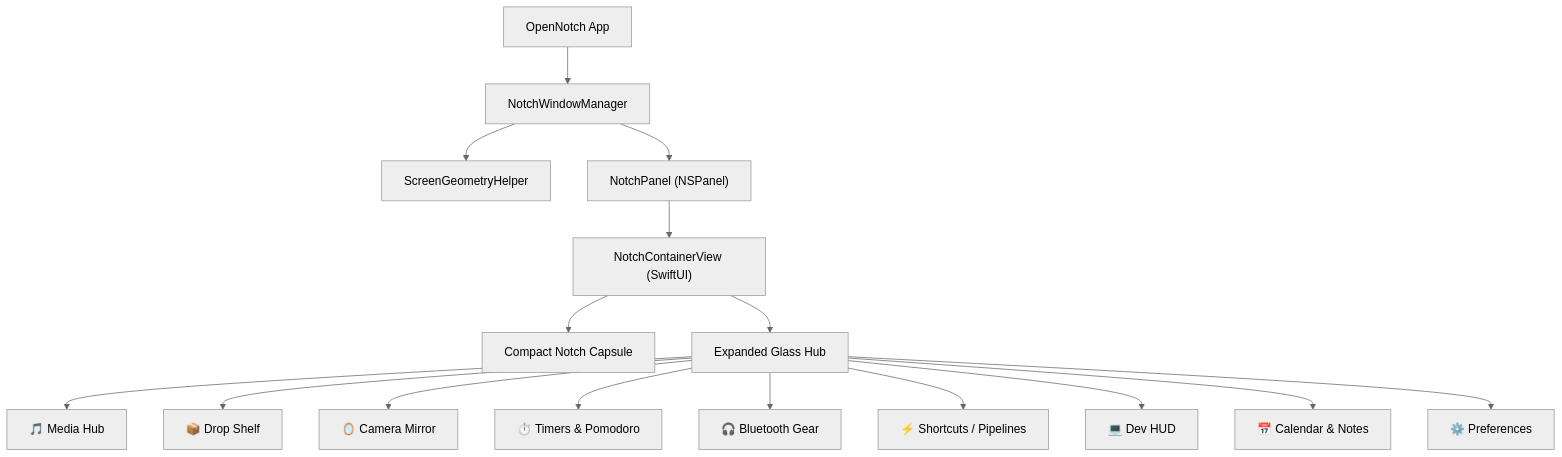
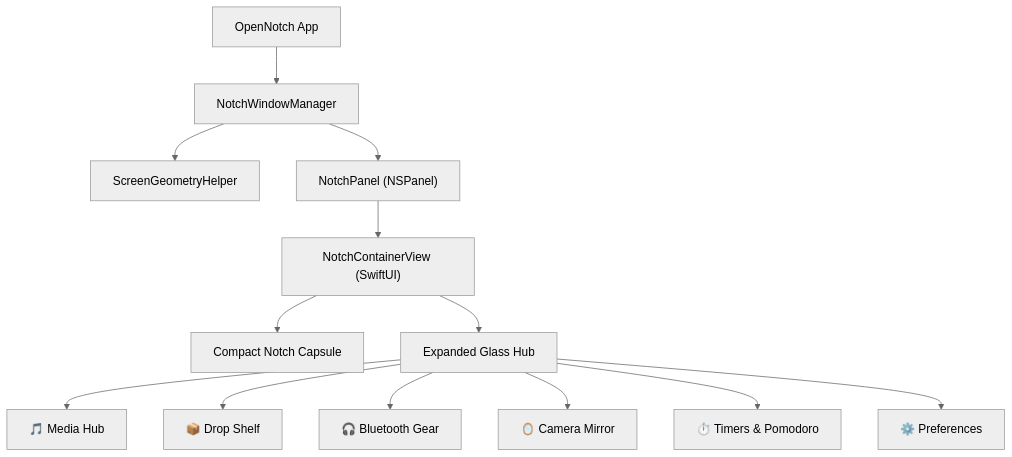
The diagram in README.md (mdrealofficial/opennotch), drawn with Mermaid (neutral theme) before and after one commit. The commit also changed other lines of this file, not shown here.

Commit message:
docs: update README with v1.1.0 features, MediaRemote, and Bluetooth monitoring

````diff
--- a/README.md
+++ b/README.md
@@ -52,20 +52,17 @@
 ```mermaid
 flowchart TD
     App["OpenNotch App"] --> WindowManager["NotchWindowManager"]
     WindowManager --> ScreenDetector["ScreenGeometryHelper"]
     WindowManager --> Panel["NotchPanel (NSPanel)"]
     Panel --> Container["NotchContainerView (SwiftUI)"]
     
     Container --> CompactView["Compact Notch Capsule"]
     Container --> ExpandedView["Expanded Glass Hub"]
     
     ExpandedView --> TabMedia["🎵 Media Hub"]
     ExpandedView --> TabShelf["📦 Drop Shelf"]
+    ExpandedView --> TabBT["🎧 Bluetooth Gear"]
     ExpandedView --> TabMirror["🪞 Camera Mirror"]
     ExpandedView --> TabTimer["⏱️ Timers & Pomodoro"]
-    ExpandedView --> TabBT["🎧 Bluetooth Gear"]
-    ExpandedView --> TabPipe["⚡️ Shortcuts / Pipelines"]
-    ExpandedView --> TabDev["💻 Dev HUD"]
-    ExpandedView --> TabCal["📅 Calendar & Notes"]
     ExpandedView --> TabSettings["⚙️ Preferences"]
 ```
````
